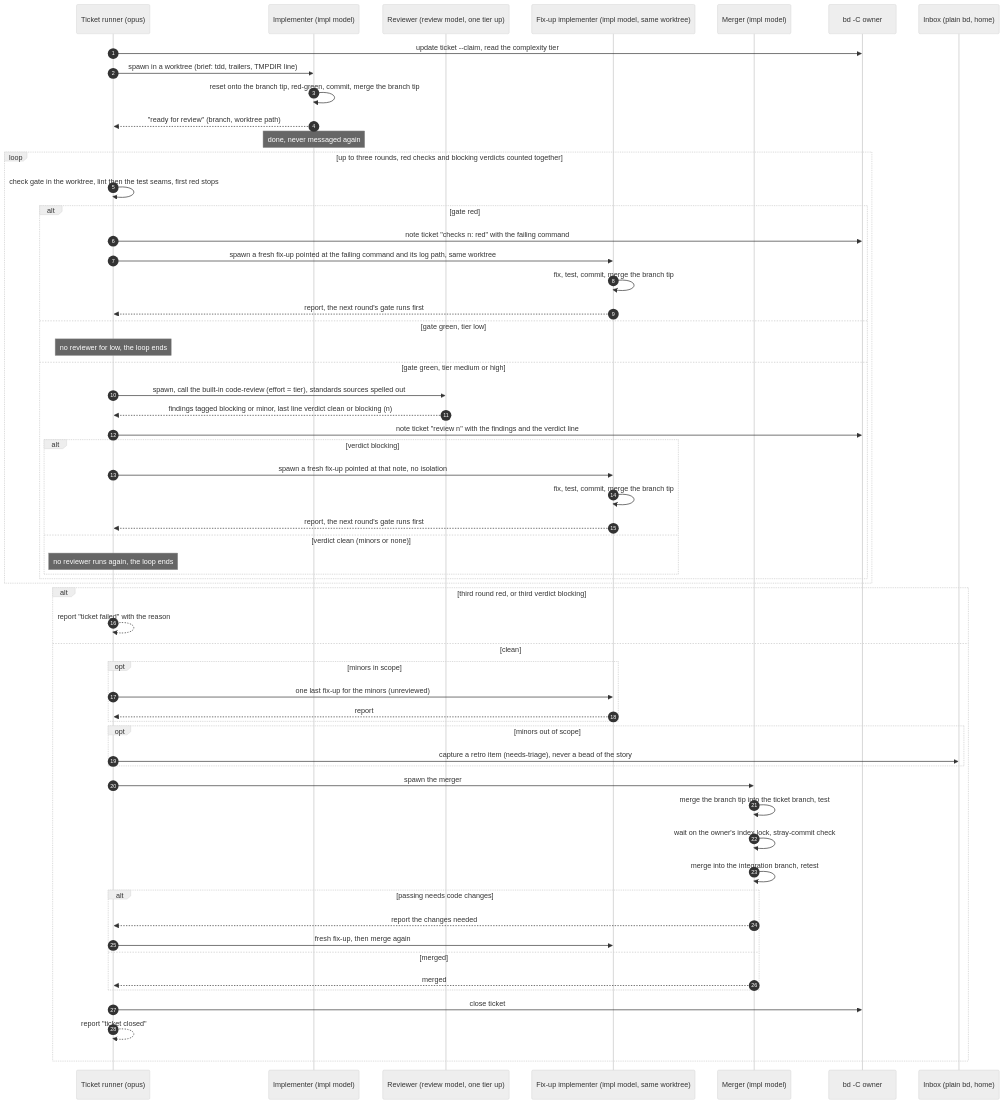
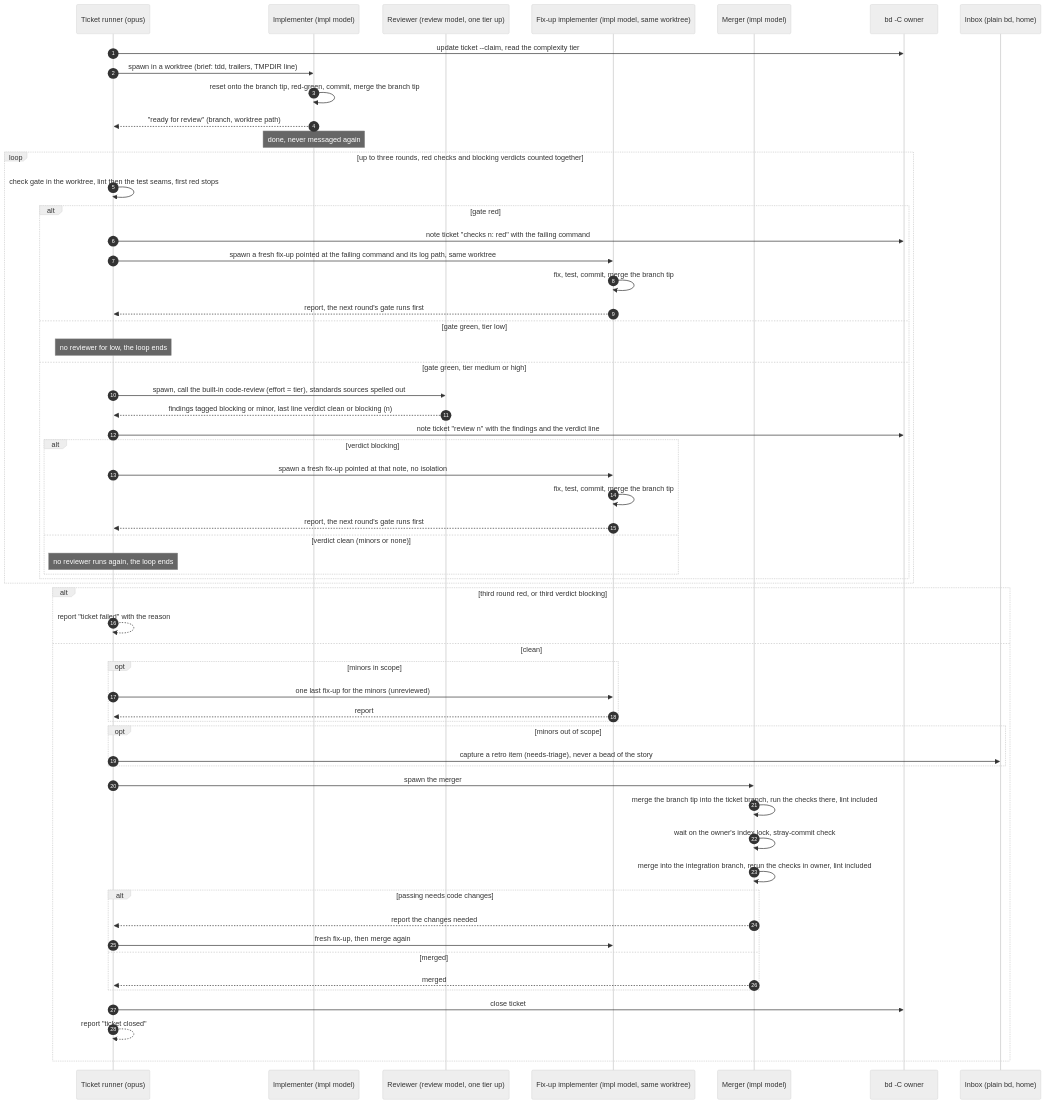
One commit to kai-matsuda/claude-dev-plugin changed the first of 3 diagrams in docs/SEQUENCES.md. Above: the diagram before and after it, drawn with Mermaid (neutral theme). The commit also changed other lines of this file, not shown here.

First line of the commit message:
docs(sequences): name lint in the merger's checks, gate every tier

````diff
--- a/docs/SEQUENCES.md
+++ b/docs/SEQUENCES.md
@@ -24,64 +25,64 @@
 ```mermaid
 sequenceDiagram
     autonumber
     participant R as Ticket runner (opus)
     participant I as Implementer (impl model)
     participant V as Reviewer (review model, one tier up)
     participant F as Fix-up implementer (impl model, same worktree)
     participant M as Merger (impl model)
     participant BD as bd -C owner
     participant IN as Inbox (plain bd, home)
 
     R->>BD: update ticket --claim, read the complexity tier
     R->>I: spawn in a worktree (brief: tdd, trailers, TMPDIR line)
     I->>I: reset onto the branch tip, red-green, commit, merge the branch tip
     I-->>R: "ready for review" (branch, worktree path)
     Note over I: done, never messaged again
 
     loop up to three rounds, red checks and blocking verdicts counted together
         R->>R: check gate in the worktree, lint then the test seams, first red stops
         alt gate red
             R->>BD: note ticket "checks n: red" with the failing command
             R->>F: spawn a fresh fix-up pointed at the failing command and its log path, same worktree
             F->>F: fix, test, commit, merge the branch tip
             F-->>R: report, the next round's gate runs first
         else gate green, tier low
             Note over R: no reviewer for low, the loop ends
         else gate green, tier medium or high
             R->>V: spawn, call the built-in code-review (effort = tier), standards sources spelled out
             V-->>R: findings tagged blocking or minor, last line verdict clean or blocking (n)
             R->>BD: note ticket "review n" with the findings and the verdict line
             alt verdict blocking
                 R->>F: spawn a fresh fix-up pointed at that note, no isolation
                 F->>F: fix, test, commit, merge the branch tip
                 F-->>R: report, the next round's gate runs first
             else verdict clean (minors or none)
                 Note over R: no reviewer runs again, the loop ends
             end
         end
     end
 
     alt third round red, or third verdict blocking
         R-->>R: report "ticket failed" with the reason
     else clean
         opt minors in scope
             R->>F: one last fix-up for the minors (unreviewed)
             F-->>R: report
         end
         opt minors out of scope
             R->>IN: capture a retro item (needs-triage), never a bead of the story
         end
         R->>M: spawn the merger
-        M->>M: merge the branch tip into the ticket branch, test
+        M->>M: merge the branch tip into the ticket branch, run the checks there, lint included
         M->>M: wait on the owner's index.lock, stray-commit check
-        M->>M: merge into the integration branch, retest
+        M->>M: merge into the integration branch, rerun the checks in owner, lint included
         alt passing needs code changes
             M-->>R: report the changes needed
             R->>F: fresh fix-up, then merge again
         else merged
             M-->>R: merged
         end
         R->>BD: close ticket
         R-->>R: report "ticket closed"
     end
 ```
````
